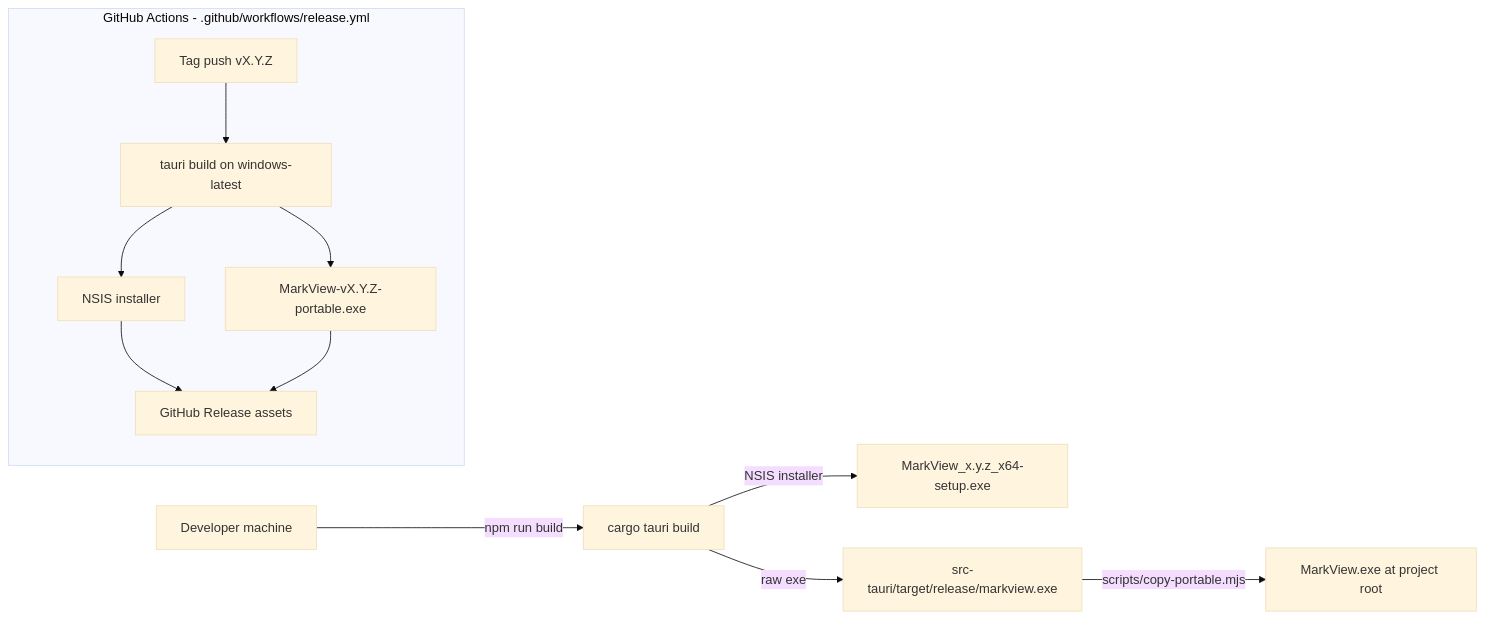
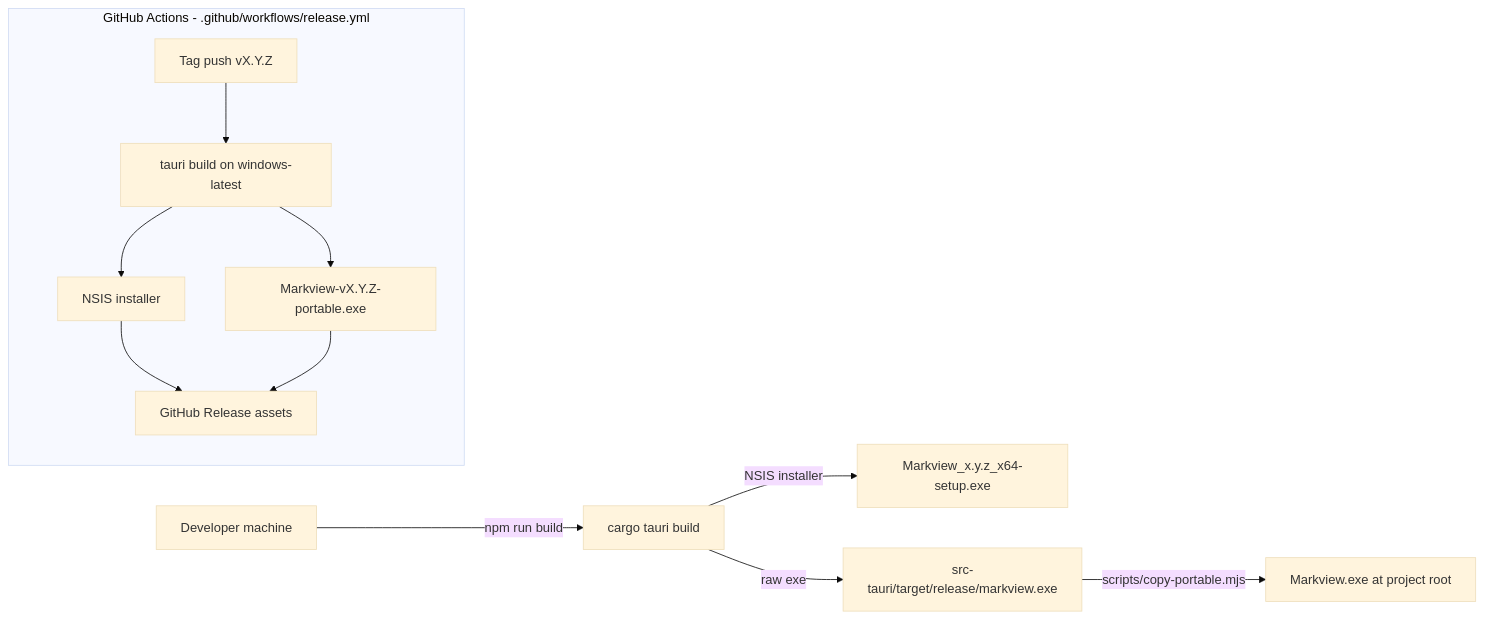
Before and after one commit to agunawijaya/Markview: the tenth of 10 diagrams in ARCHITECTURE.md, drawn with Mermaid (base theme). The commit also changed other lines of this file and 19 other files, not shown here.

First line of the commit message:
Rename MarkView to Markview and enable Tauri asset protocol

````diff
--- a/ARCHITECTURE.md
+++ b/ARCHITECTURE.md
@@ -378,16 +378,16 @@
 ```mermaid
 flowchart LR
     Dev[Developer machine]
     Dev -->|npm run build| Tauri[cargo tauri build]
-    Tauri -->|NSIS installer| Installer[MarkView_x.y.z_x64-setup.exe]
+    Tauri -->|NSIS installer| Installer[Markview_x.y.z_x64-setup.exe]
     Tauri -->|raw exe| Portable1[src-tauri/target/release/markview.exe]
-    Portable1 -->|scripts/copy-portable.mjs| Portable2[MarkView.exe at project root]
+    Portable1 -->|scripts/copy-portable.mjs| Portable2[Markview.exe at project root]
 
     subgraph CI[GitHub Actions - .github/workflows/release.yml]
         Trigger[Tag push vX.Y.Z] --> CIBuild[tauri build on windows-latest]
         CIBuild --> CIInstaller[NSIS installer]
-        CIBuild --> CIPortable[MarkView-vX.Y.Z-portable.exe]
+        CIBuild --> CIPortable[Markview-vX.Y.Z-portable.exe]
         CIInstaller --> Release[GitHub Release assets]
         CIPortable --> Release
     end
 ```
````
